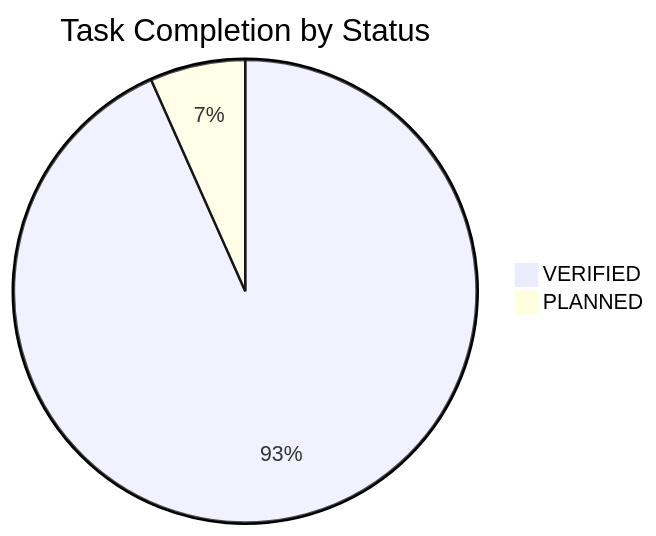
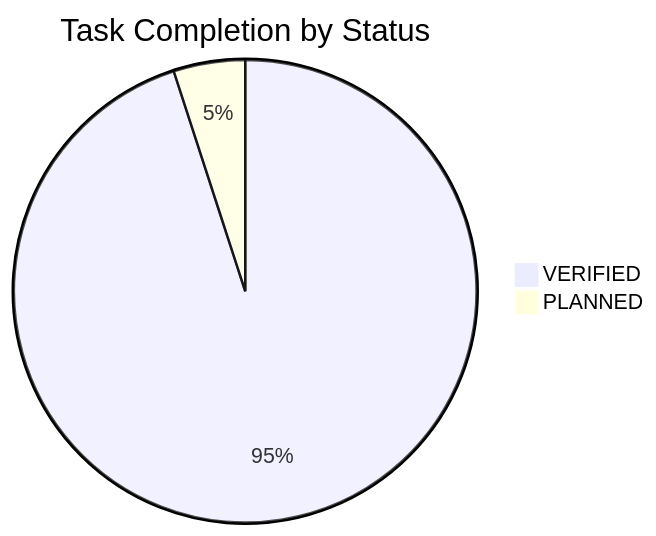
Before and after one commit to NguyenTriBaoThang/ClearWayAI: the diagram in docs/TASK_BOARD.md, drawn with Mermaid. The commit also changed other lines of this file and 11 other files, not shown here.

````diff
--- a/docs/TASK_BOARD.md
+++ b/docs/TASK_BOARD.md
@@ -16,5 +16,5 @@
 ```mermaid
 pie title Task Completion by Status
-    "VERIFIED" : 56
-    "PLANNED" : 4
+    "VERIFIED" : 57
+    "PLANNED" : 3
 ```
````
